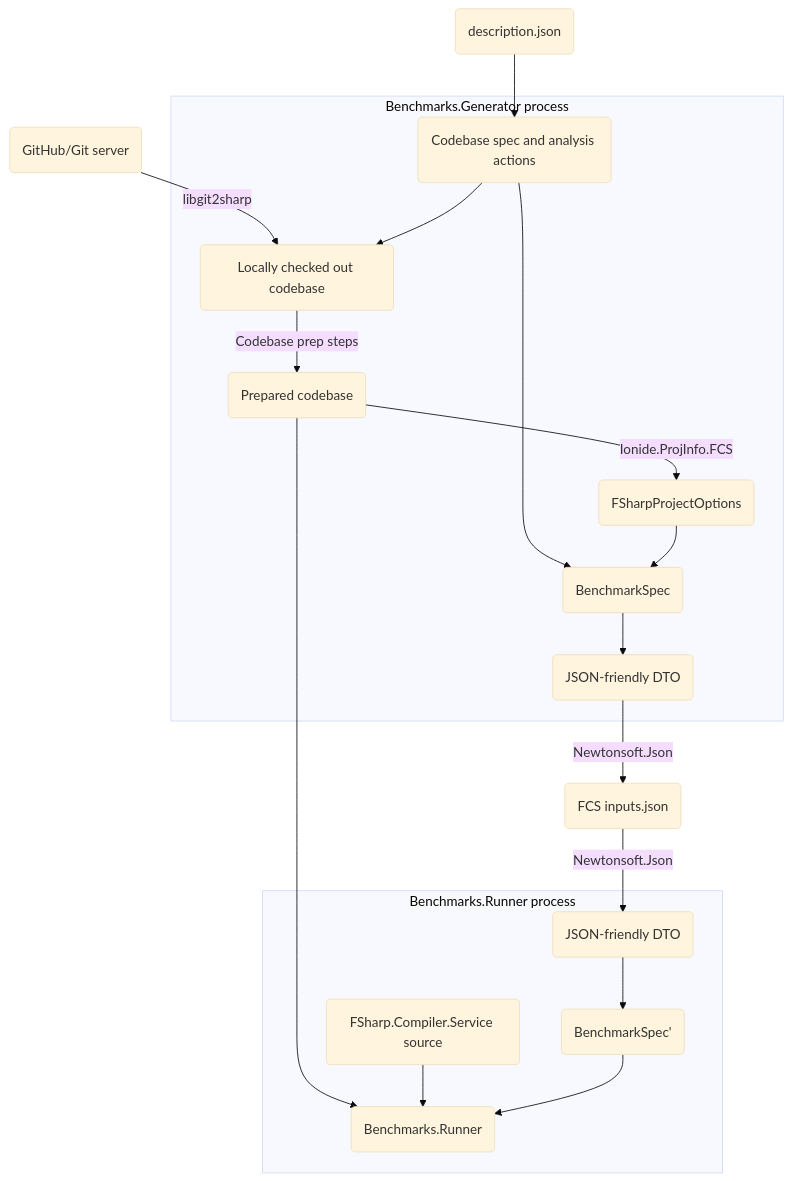
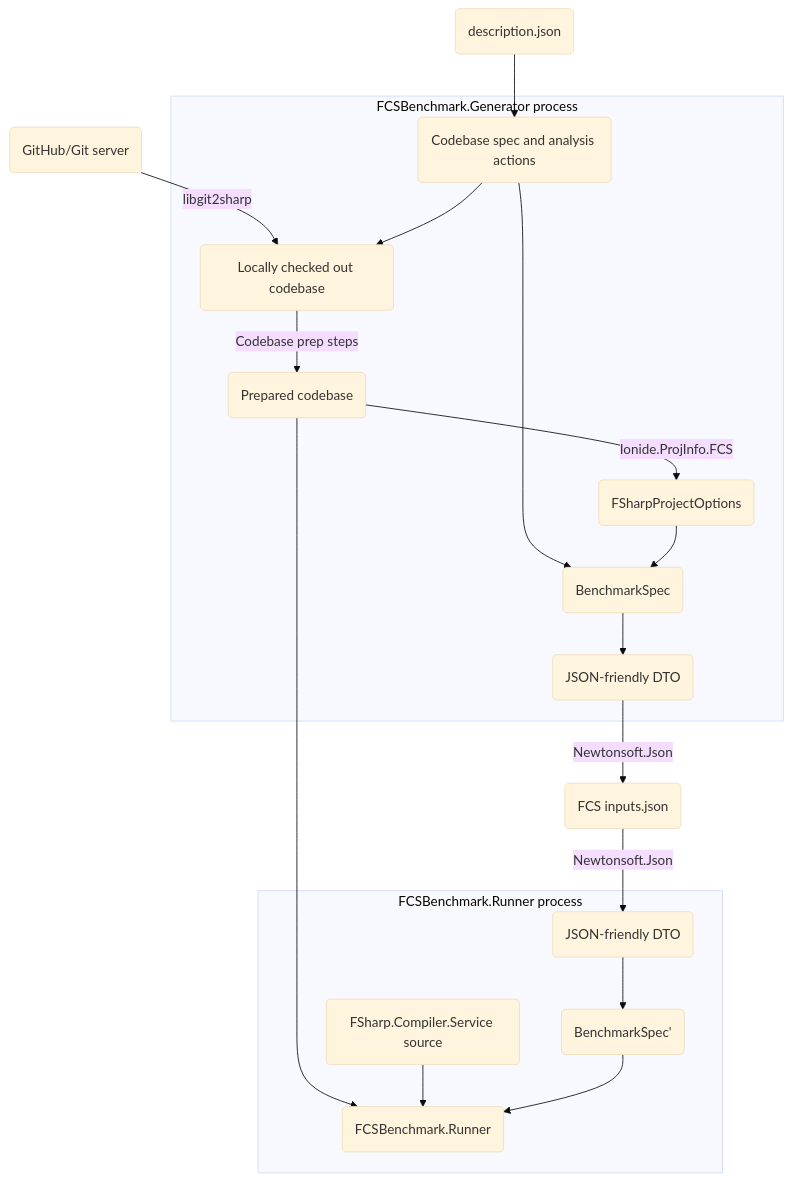
One commit to safesparrow/fsharp-benchmark-generator changed the second of 2 diagrams in README.md. Above: the diagram before and after it, drawn with Mermaid. The commit also changed other lines of this file and 9 other files, not shown here.

````diff
--- a/README.md
+++ b/README.md
@@ -35,24 +35,24 @@
 ```mermaid
 %%{init: {'theme':'base'}}%%
 graph TD;
     AA(description.json)
     AA-->A
     AB(GitHub/Git server)
     AB-->|libgit2sharp|B
-    subgraph Benchmarks.Generator process
+    subgraph FCSBenchmark.Generator process
         A(Codebase spec and analysis actions)-->B(Locally checked out codebase);
         B-->|Codebase prep steps| B1(Prepared codebase)
         B1-->|Ionide.ProjInfo.FCS| C(FSharpProjectOptions)
         A-->D(BenchmarkSpec)
         C-->D
         D-->E(JSON-friendly DTO)
     end
     E-->|Newtonsoft.Json|F(FCS inputs.json)
     F-->|Newtonsoft.Json|G(JSON-friendly DTO)
     B1-->K
-    subgraph Benchmarks.Runner process
+    subgraph FCSBenchmark.Runner process
         G-->H(BenchmarkSpec')
-        J(FSharp.Compiler.Service source)-->K(Benchmarks.Runner)
+        J(FSharp.Compiler.Service source)-->K(FCSBenchmark.Runner)
         H-->K
     end
 ```
````
